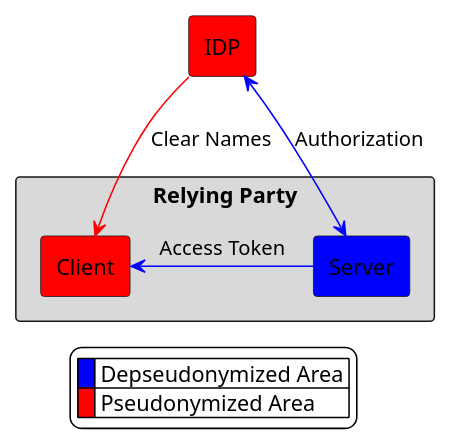
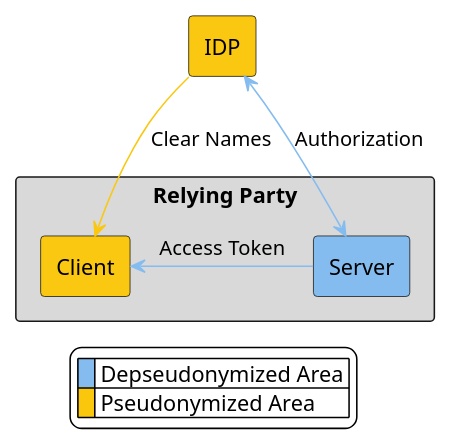
One commit to bettermarks/D16N changed the diagram in diagrams/connection.puml. Above: the diagram before and after it, drawn with PlantUML.

Commit message:
changed colors

```diff
--- a/diagrams/connection.puml
+++ b/diagrams/connection.puml
@@ -1,20 +1,20 @@
 @startuml
 skinparam backgroundColor white
 
-rectangle IDP #red
+rectangle IDP #FAC711
 
 rectangle RelyingParty as "Relying Party" #D9D9D9 {
-  rectangle Client #red
-  rectangle Server #blue
+  rectangle Client #FAC711
+  rectangle Server #85BCF0
 }
 
-IDP <-[#blue]down-> Server : Authorization
-IDP -[#red]left-> Client : Clear Names
-Client <-[#blue]right- Server : Access Token
+IDP <-[#85BCF0]down-> Server : Authorization
+IDP -[#FAC711]left-> Client : Clear Names
+Client <-[#85BCF0]right- Server : Access Token
 
  legend
- |<back:#blue>   </back>| Depseudonymized Area |
- |<back:#red>   </back>| Pseudonymized Area |
+ |<back:#85BCF0>   </back>| Depseudonymized Area |
+ |<back:#FAC711>   </back>| Pseudonymized Area |
  endlegend
 
 @enduml
```
